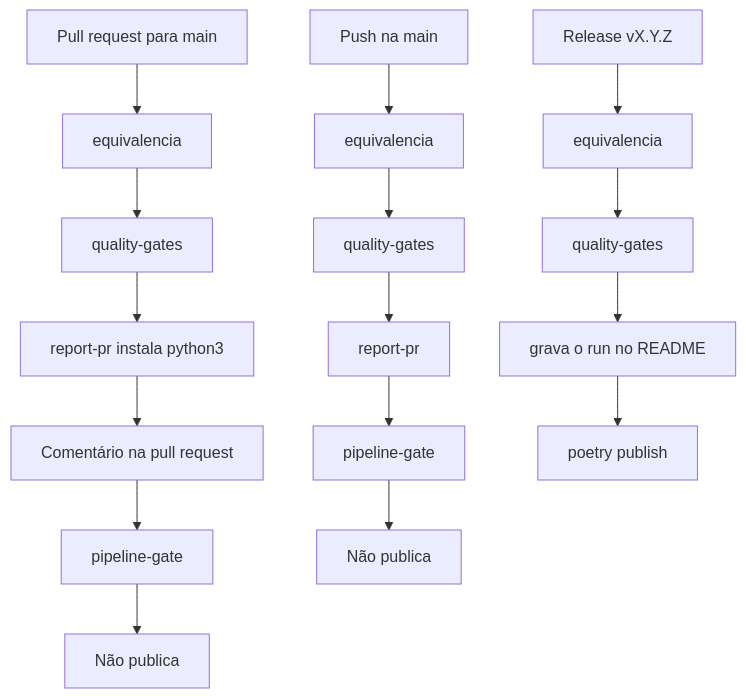
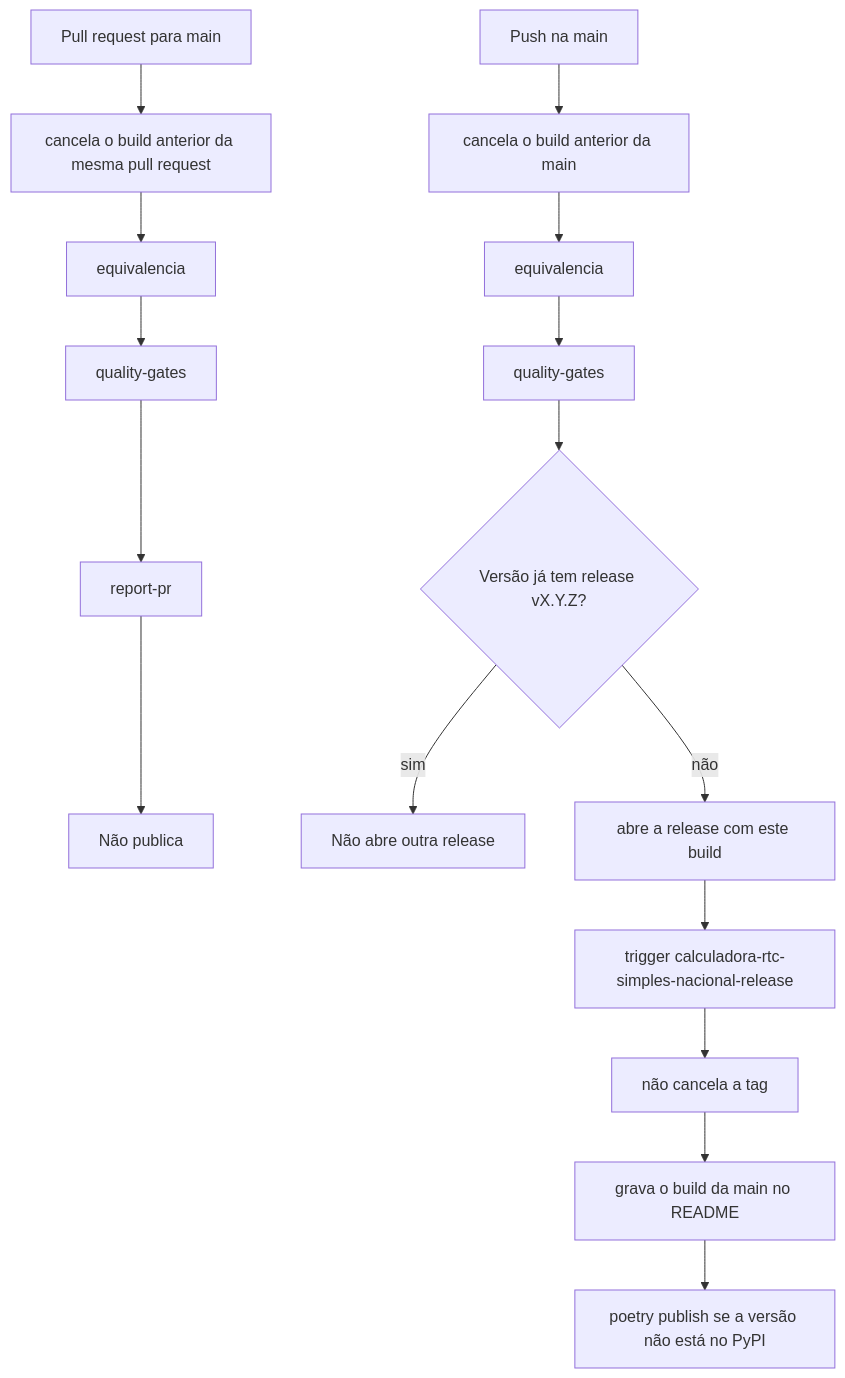
The first of 3 diagrams in docs/publicacao-flow.md (garusocruz/calculadora-rtc-simples-nacional), drawn with Mermaid before and after one commit. The commit also changed other lines of this file and 11 other files, not shown here.

First line of the commit message:
fix: cancela o build anterior e abre a 0.4.0 (#6)

````diff
--- a/docs/publicacao-flow.md
+++ b/docs/publicacao-flow.md
@@ -7,18 +9,18 @@
 ```mermaid
 flowchart TD
-  pr[Pull request para main] --> equiv[equivalencia]
+  pr[Pull request para main] --> cancelaPr[cancela o build anterior da mesma pull request]
+  cancelaPr --> equiv[equivalencia]
   equiv --> qg[quality-gates]
-  qg --> py[report-pr instala python3]
-  py --> comentario[Comentário na pull request]
-  comentario --> gate[pipeline-gate]
-  gate --> fimPr[Não publica]
-  main[Push na main] --> equivMain[equivalencia]
+  qg --> comentario[report-pr]
+  comentario --> fimPr[Não publica]
+  merge[Push na main] --> cancelaMain[cancela o build anterior da main]
+  cancelaMain --> equivMain[equivalencia]
   equivMain --> qgMain[quality-gates]
-  qgMain --> comentarioMain[report-pr]
-  comentarioMain --> gateMain[pipeline-gate]
-  gateMain --> fimMain[Não publica]
-  rel[Release vX.Y.Z] --> equivRel[equivalencia]
-  equivRel --> qgRel[quality-gates]
-  qgRel --> readme[grava o run no README]
-  readme --> pypi[poetry publish]
+  qgMain --> nova{Versão já tem release vX.Y.Z?}
+  nova -->|sim| fimMain[Não abre outra release]
+  nova -->|não| abre[abre a release com este build]
+  abre --> rel[trigger calculadora-rtc-simples-nacional-release]
+  rel --> segue[não cancela a tag]
+  segue --> readme[grava o build da main no README]
+  readme --> pypi[poetry publish se a versão não está no PyPI]
 ```
````
